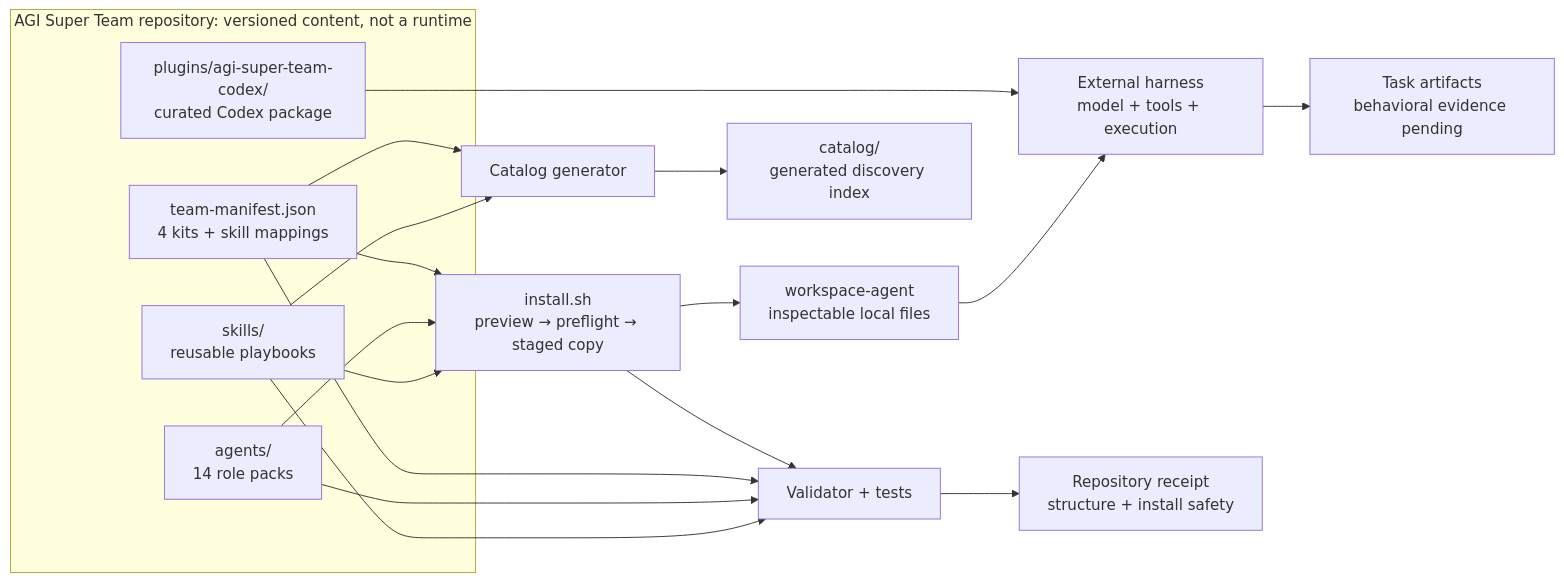
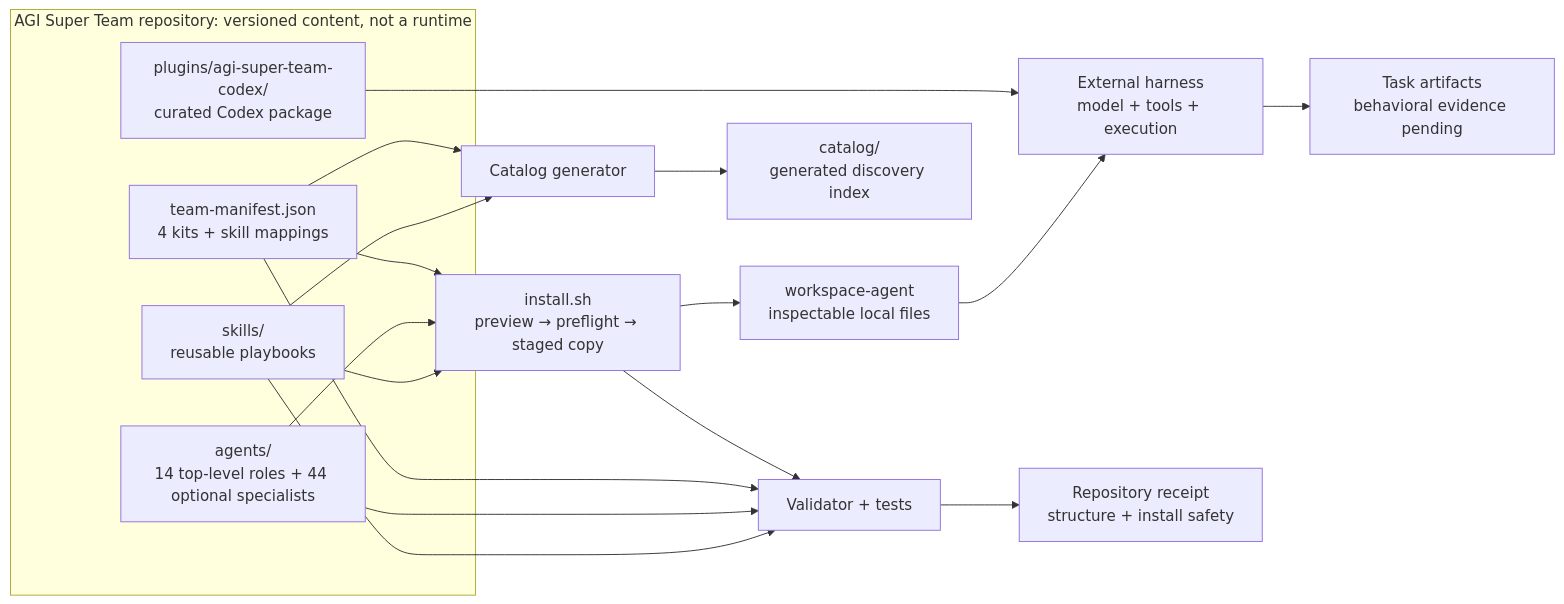
The second of 2 diagrams in README.md (aAAaqwq/AGI-Super-Skills), drawn with Mermaid before and after one commit. The commit also changed other lines of this file and 138 other files, not shown here.

````diff
--- a/README.md
+++ b/README.md
@@ -257,27 +269,27 @@
 ```mermaid
 flowchart LR
   subgraph R["AGI Super Team repository: versioned content, not a runtime"]
     S["skills/<br/>reusable playbooks"]
-    A["agents/<br/>14 role packs"]
+    A["agents/<br/>14 top-level roles + 44 optional specialists"]
     M["team-manifest.json<br/>4 kits + skill mappings"]
     C["plugins/agi-super-team-codex/<br/>curated Codex package"]
   end
 
   S --> I["install.sh<br/>preview → preflight → staged copy"]
   A --> I
   M --> I
   I --> W["workspace-agent<br/>inspectable local files"]
   W --> H["External harness<br/>model + tools + execution"]
   C --> H
   H --> O["Task artifacts<br/>behavioral evidence pending"]
 
   S --> G["Catalog generator"]
   M --> G
   G --> K["catalog/<br/>generated discovery index"]
 
   S --> V["Validator + tests"]
   A --> V
   M --> V
   I --> V
   V --> E["Repository receipt<br/>structure + install safety"]
 ```
````
